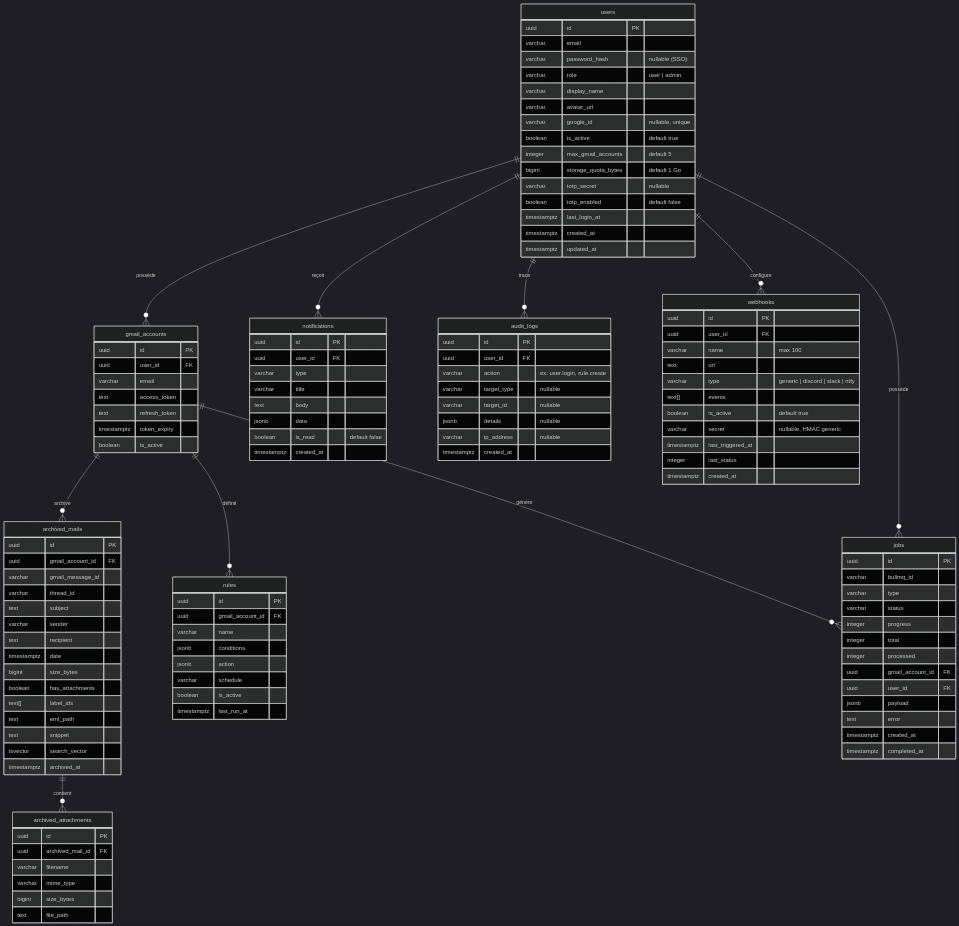
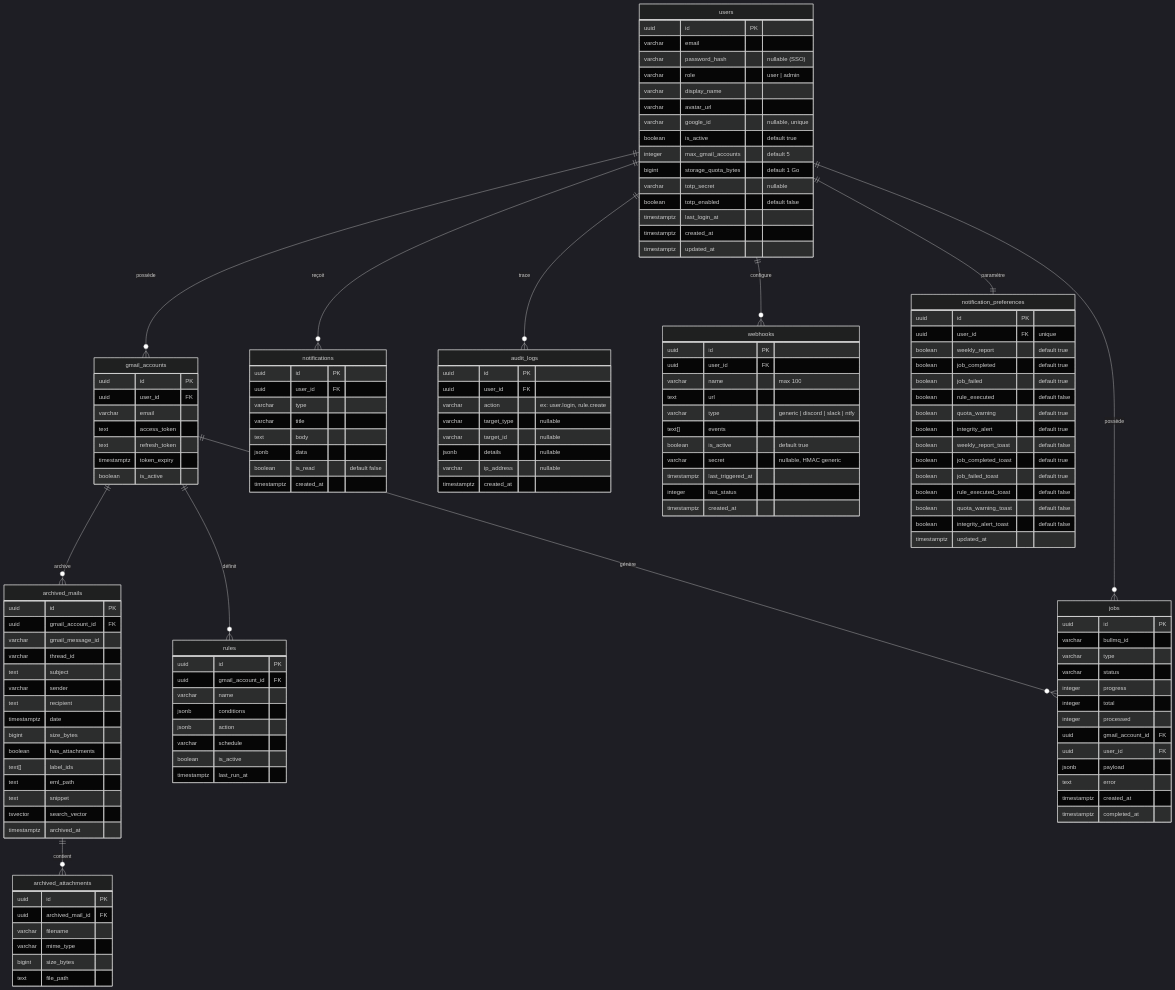
One commit to Le-Nid/nid changed the diagram in docs/architecture/database.md. Above: the diagram before and after it, drawn with Mermaid (dark theme). The commit also changed other lines of this file and 18 other files, not shown here.

Commit message:
feat(notifications): add notification preferences and update API

```diff
--- a/docs/architecture/database.md
+++ b/docs/architecture/database.md
@@ -95,6 +95,25 @@
     users ||--o{ notifications : "reçoit"
     users ||--o{ audit_logs : "trace"
     users ||--o{ webhooks : "configure"
+    users ||--|| notification_preferences : "paramètre"
+
+    notification_preferences {
+        uuid id PK
+        uuid user_id FK "unique"
+        boolean weekly_report "default true"
+        boolean job_completed "default true"
+        boolean job_failed "default true"
+        boolean rule_executed "default false"
+        boolean quota_warning "default true"
+        boolean integrity_alert "default true"
+        boolean weekly_report_toast "default false"
+        boolean job_completed_toast "default true"
+        boolean job_failed_toast "default true"
+        boolean rule_executed_toast "default false"
+        boolean quota_warning_toast "default false"
+        boolean integrity_alert_toast "default false"
+        timestamptz updated_at
+    }
 
     webhooks {
         uuid id PK
```
